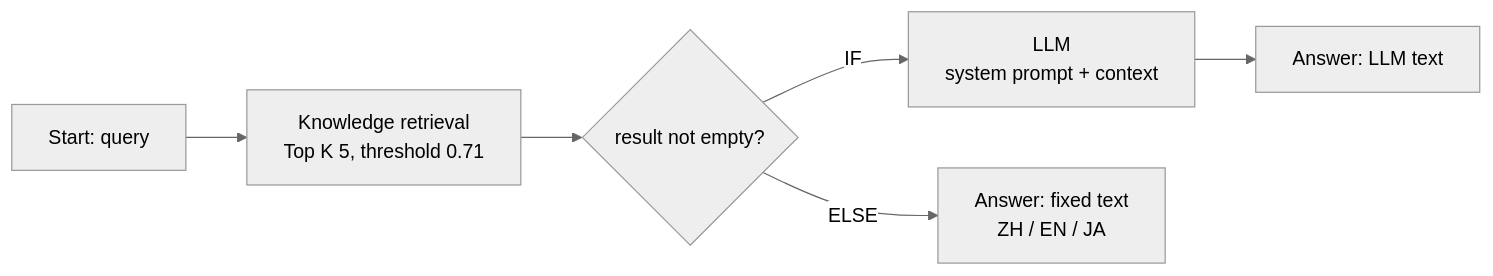
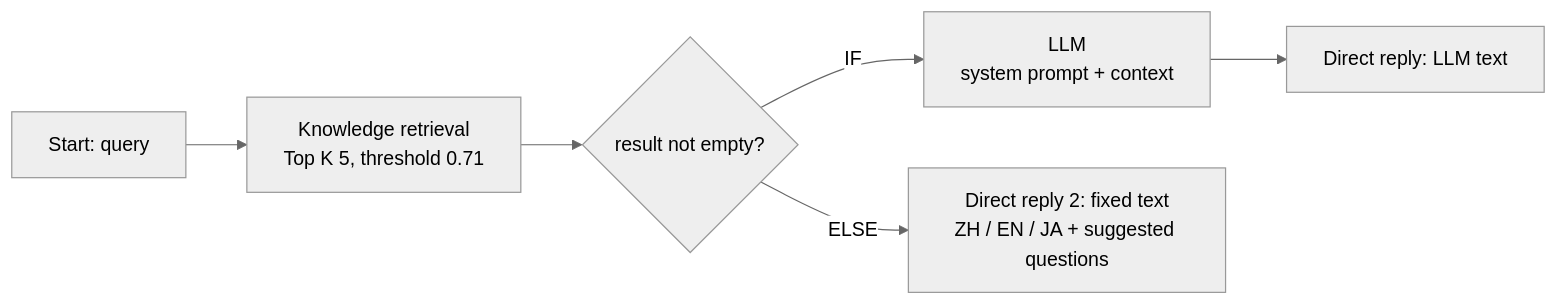
Before and after one commit to atsushigo/japan-ferry-kb: the diagram in chatbot/app-config.md, drawn with Mermaid (neutral theme). The commit also changed other lines of this file and 3 other files, not shown here.

````diff
--- a/chatbot/app-config.md
+++ b/chatbot/app-config.md
@@ -17,7 +19,7 @@
 ```mermaid
 flowchart LR
     S[Start: query] --> K[Knowledge retrieval<br/>Top K 5, threshold 0.71]
     K --> C{result not empty?}
-    C -- IF --> L[LLM<br/>system prompt + context] --> A[Answer: LLM text]
-    C -- ELSE --> F[Answer: fixed text<br/>ZH / EN / JA]
+    C -- IF --> L[LLM<br/>system prompt + context] --> A[Direct reply: LLM text]
+    C -- ELSE --> F[Direct reply 2: fixed text<br/>ZH / EN / JA + suggested questions]
 ```
````
